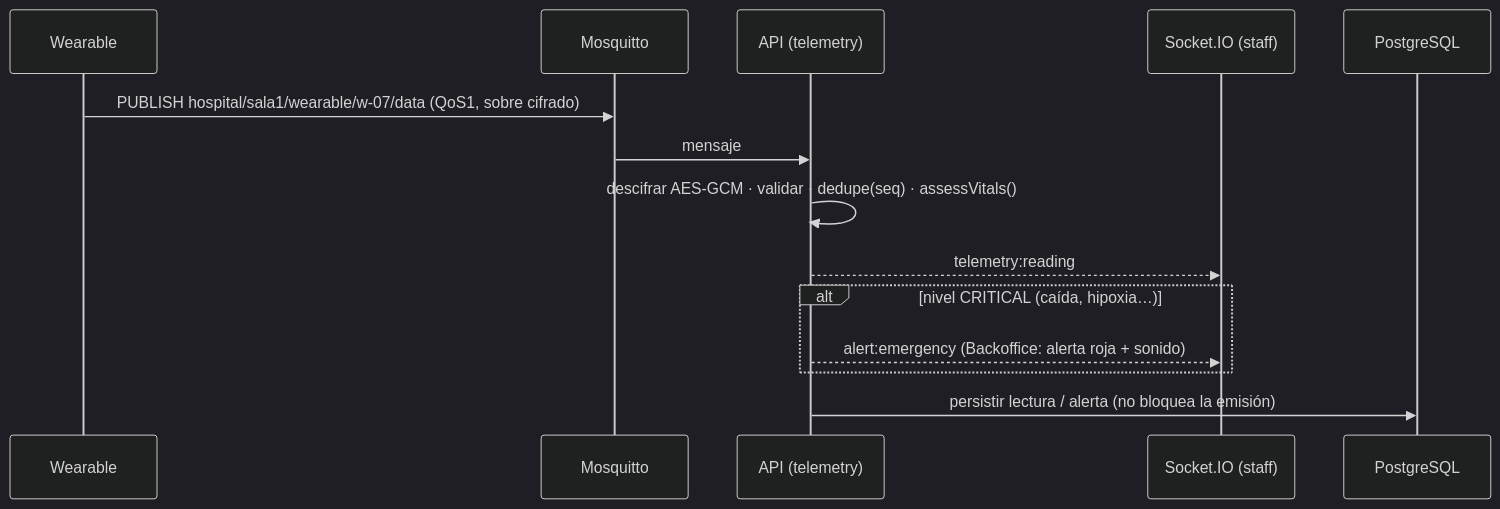
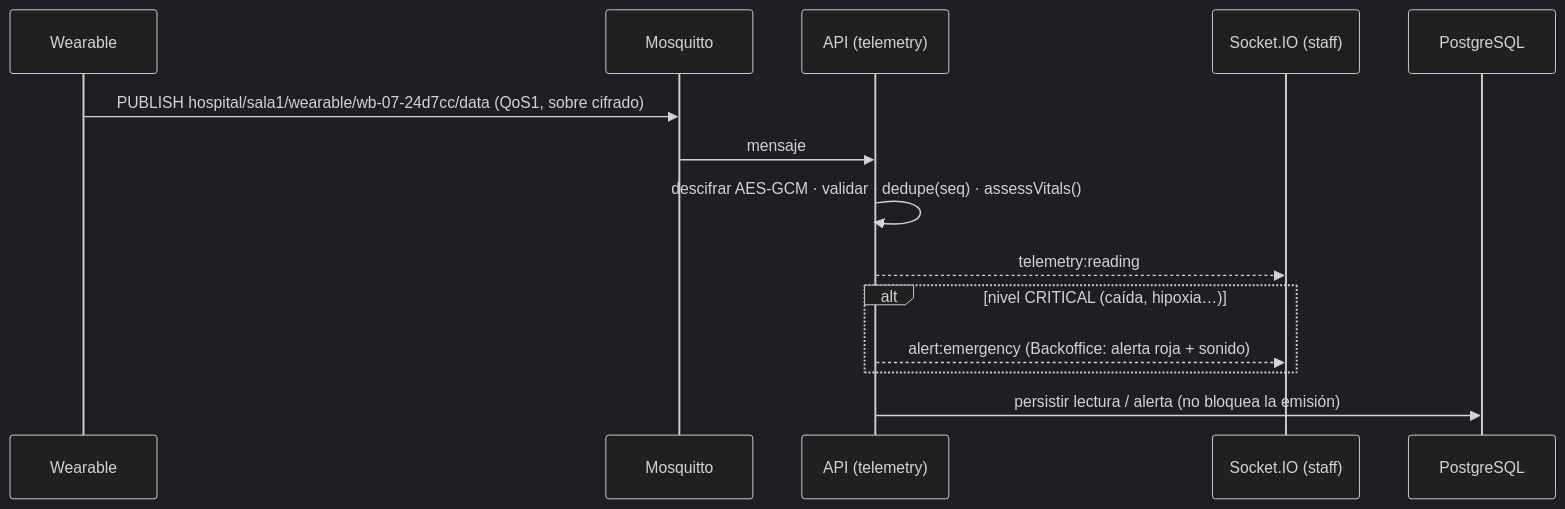
Before and after one commit to GastMolina267/pti-monorepo: the second of 4 diagrams in docs/01-arquitectura.md, drawn with Mermaid (dark theme). The commit also changed other lines of this file and 8 other files, not shown here.

````diff
--- a/docs/01-arquitectura.md
+++ b/docs/01-arquitectura.md
@@ -58,16 +60,16 @@
 ```mermaid
 sequenceDiagram
   participant W as Wearable
   participant M as Mosquitto
   participant A as API (telemetry)
   participant S as Socket.IO (staff)
   participant D as PostgreSQL
-  W->>M: PUBLISH hospital/sala1/wearable/w-07/data (QoS1, sobre cifrado)
+  W->>M: PUBLISH hospital/sala1/wearable/wb-07-24d7cc/data (QoS1, sobre cifrado)
   M->>A: mensaje
   A->>A: descifrar AES-GCM · validar · dedupe(seq) · assessVitals()
   A-->>S: telemetry:reading
   alt nivel CRITICAL (caída, hipoxia…)
     A-->>S: alert:emergency (Backoffice: alerta roja + sonido)
   end
   A->>D: persistir lectura / alerta (no bloquea la emisión)
 ```
````
